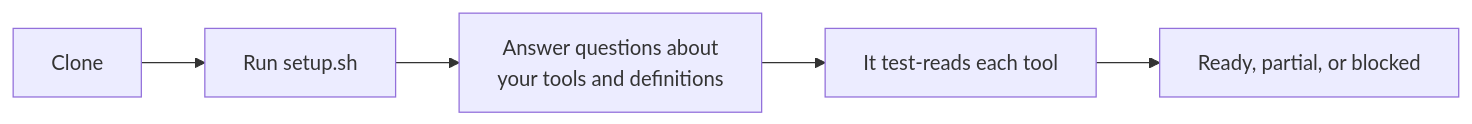
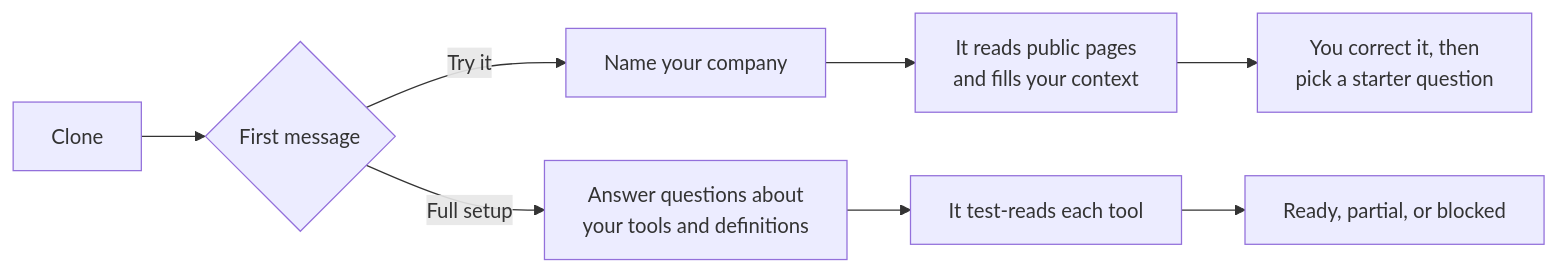
Before and after one commit to adhyayanrathi01/product-manager-os: the first of 5 diagrams in docs/FLOWS.md, drawn with Mermaid. The commit also changed other lines of this file and 7 other files, not shown here.

````diff
--- a/docs/FLOWS.md
+++ b/docs/FLOWS.md
@@ -25,7 +27,10 @@
 ```mermaid
 flowchart LR
-    A[Clone] --> B[Run setup.sh]
-    B --> C[Answer questions about<br/>your tools and definitions]
+    A[Clone] --> B{First message}
+    B -->|Try it| T[Name your company]
+    T --> P[It reads public pages<br/>and fills your context]
+    P --> F[You correct it, then<br/>pick a starter question]
+    B -->|Full setup| C[Answer questions about<br/>your tools and definitions]
     C --> D[It test-reads each tool]
     D --> E[Ready, partial, or blocked]
 ```
````
